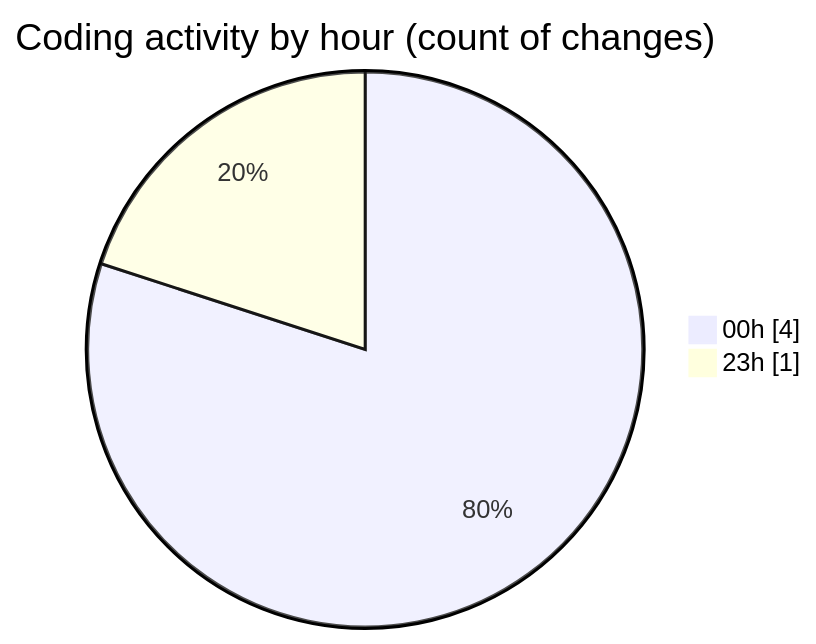
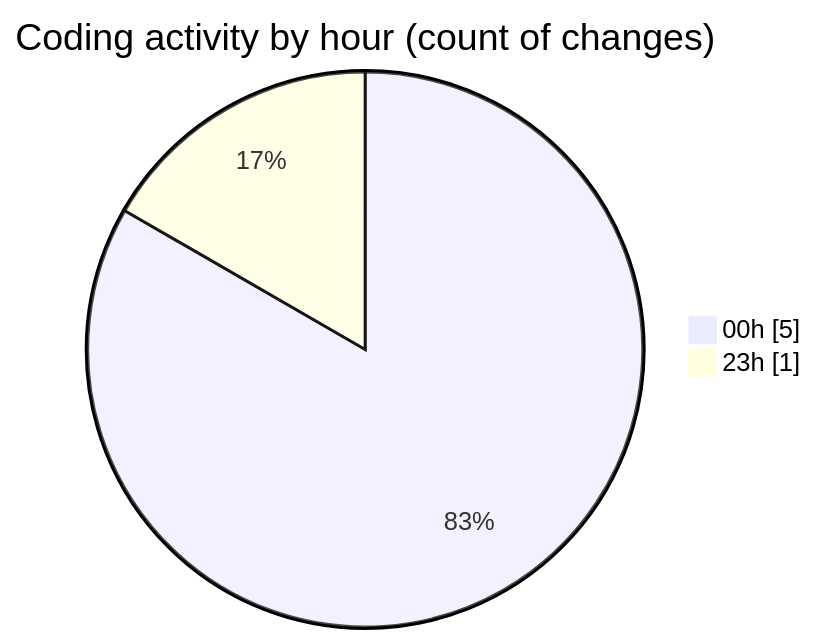
One commit to Elitesun/code-tracking changed the second of 2 diagrams in 2025-04-11/product-page/README.md. Above: the diagram before and after it, drawn with Mermaid. The commit also changed other lines of this file and 1 other file, not shown here.

````diff
--- a/2025-04-11/product-page/README.md
+++ b/2025-04-11/product-page/README.md
@@ -30,6 +32,6 @@
 ```mermaid
 pie showData
 title Coding activity by hour (count of changes)
-"00h" : 4
+"00h" : 5
 "23h" : 1
 ```
````
